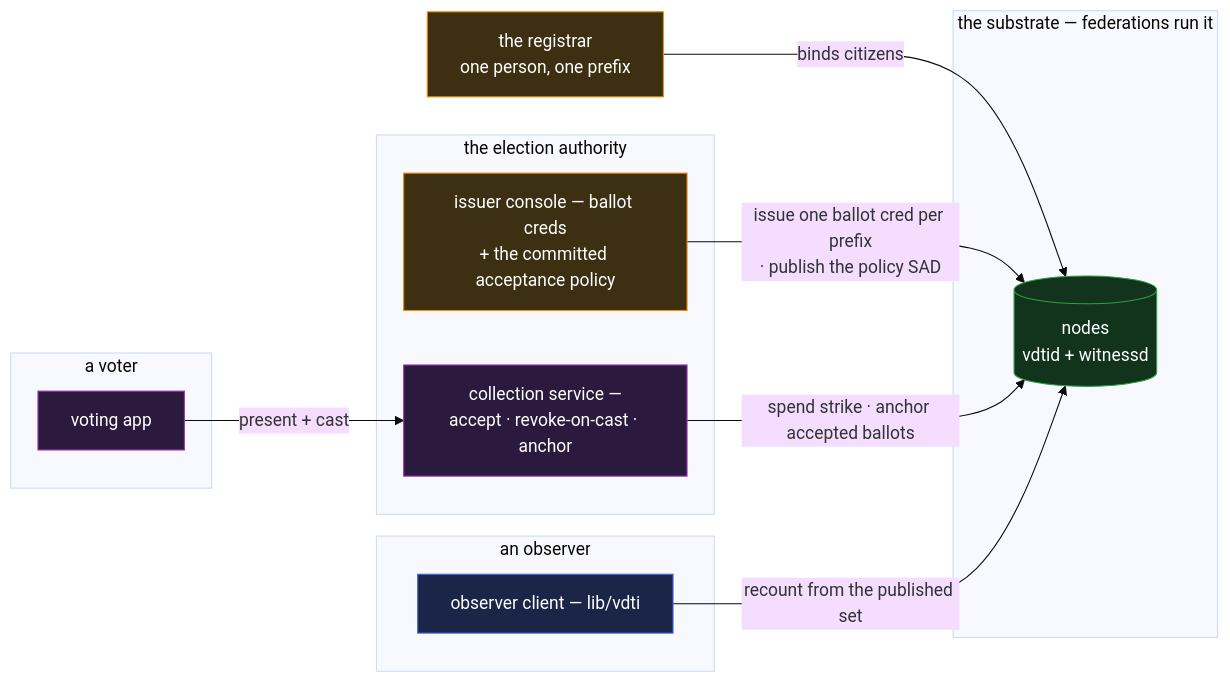
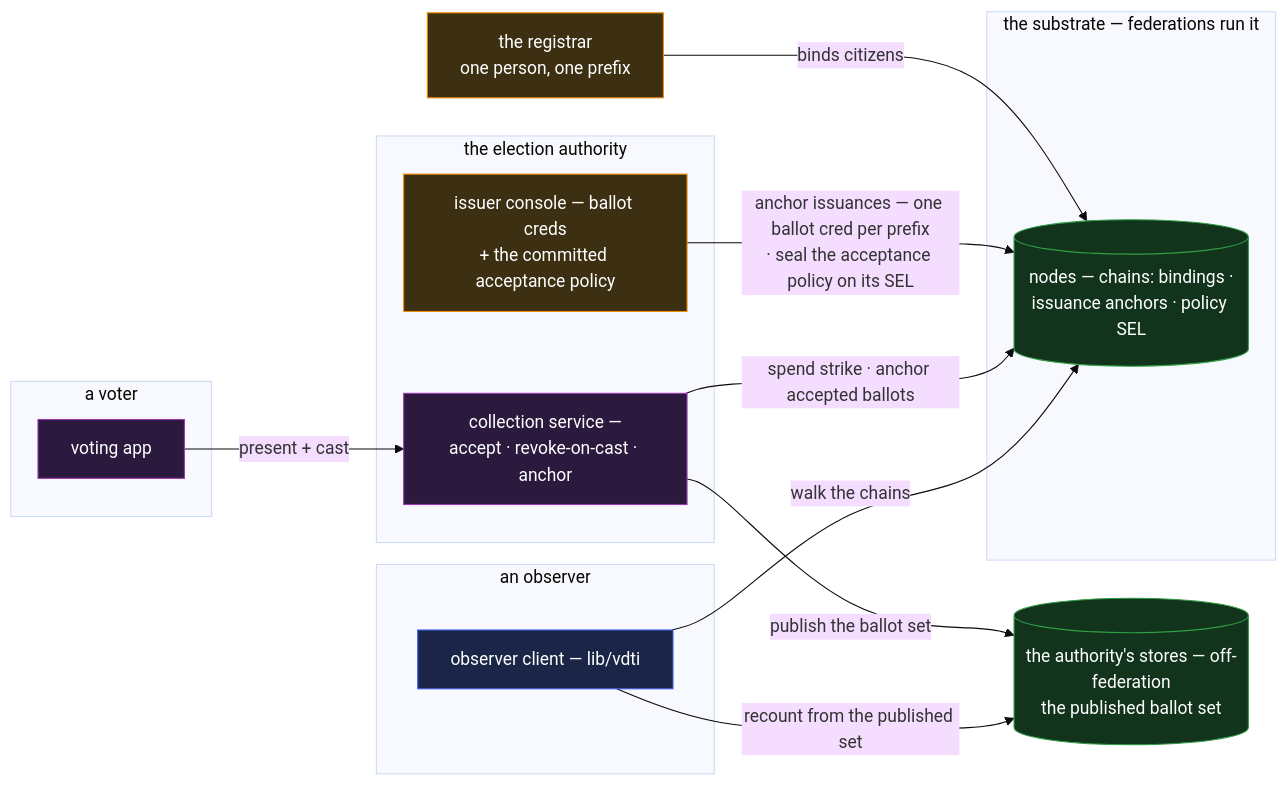
One commit to jasoncolburne/vdti changed the diagram in docs/design/example-applications/vote.md. Above: the diagram before and after it, drawn with Mermaid (base theme). The commit also changed other lines of this file and 79 other files, not shown here.

````diff
--- a/docs/design/example-applications/vote.md
+++ b/docs/design/example-applications/vote.md
@@ -11,26 +11,29 @@
 ```mermaid
 flowchart LR
   reg["the registrar<br/>one person, one prefix"]:::org
   subgraph auth["the election authority"]
     ea["issuer console — ballot creds<br/>+ the committed acceptance policy"]:::org
     coll["collection service —<br/>accept · revoke-on-cast · anchor"]:::app
   end
   subgraph voter["a voter"]
     vapp["voting app"]:::app
   end
   subgraph obs["an observer"]
     olib["observer client — lib/vdti"]:::lib
   end
   subgraph sub["the substrate — federations run it"]
-    node[("nodes<br/>vdtid + witnessd")]:::svc
+    node[("nodes — chains: bindings ·<br/>issuance anchors · policy SEL")]:::svc
   end
+  bset[("the authority's stores — off-federation<br/>the published ballot set")]:::svc
   reg -->|"binds citizens"| node
-  ea -->|"issue one ballot cred per prefix<br/>· publish the policy SAD"| node
+  ea -->|"anchor issuances — one ballot cred per prefix<br/>· seal the acceptance policy on its SEL"| node
   vapp -->|"present + cast"| coll
   coll -->|"spend strike · anchor accepted ballots"| node
-  olib -->|"recount from the published set"| node
+  coll -->|"publish the ballot set"| bset
+  olib -->|"walk the chains"| node
+  olib -->|"recount from the published set"| bset
   classDef app fill:#2b1a3d,stroke:#9c36b5,color:#fff
   classDef lib fill:#1a2547,stroke:#4263eb,color:#fff
   classDef org fill:#3d2f12,stroke:#f08c00,color:#fff
   classDef svc fill:#12331c,stroke:#2f9e44,color:#fff
 ```
````
